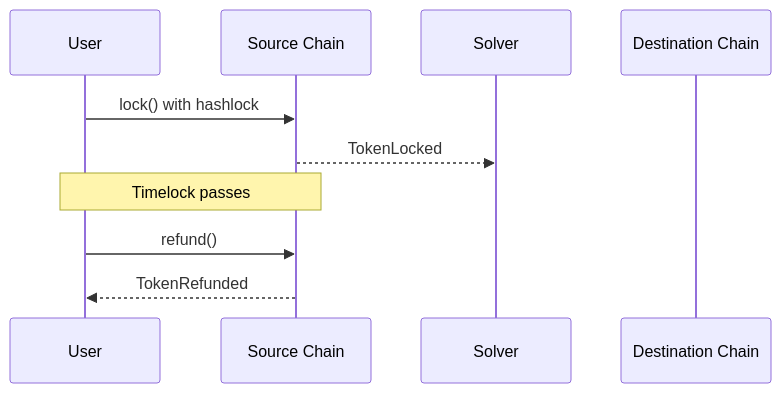
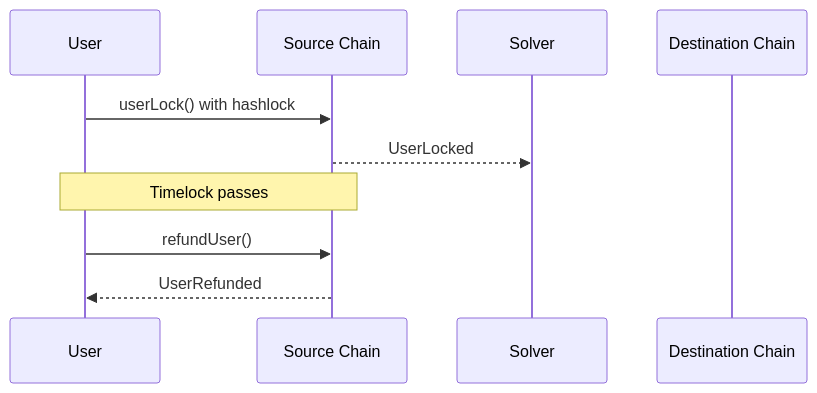
The first of 4 diagrams in protocol-spec/edge-cases.mdx (TrainProtocol/docs), drawn with Mermaid before and after one commit. The commit also changed other lines of this file and 12 other files, not shown here.

````diff
--- a/protocol-spec/edge-cases.mdx
+++ b/protocol-spec/edge-cases.mdx
@@ -12,15 +12,15 @@
 ```mermaid
 sequenceDiagram
     participant User
     participant SC as Source Chain
     participant Solver
     participant DC as Destination Chain
 
 	
-    User->>SC: lock() with hashlock
-    SC-->>Solver: TokenLocked
+    User->>SC: userLock() with hashlock
+    SC-->>Solver: UserLocked
     
     Note over User,SC: Timelock passes
-    User->>SC: refund()
-    SC-->>User: TokenRefunded
+    User->>SC: refundUser()
+    SC-->>User: UserRefunded
 ```
````
